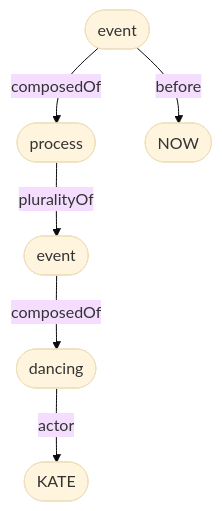
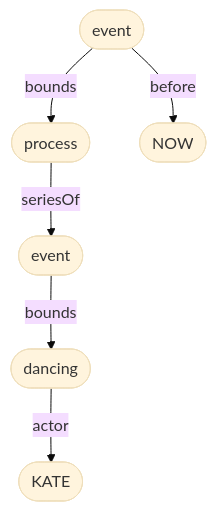
The sixth of 6 diagrams in Comrie1985.md (maglocvnus/verbs), drawn with Mermaid (base theme) before and after one commit. The commit also changed other lines of this file, not shown here.

````diff
--- a/Comrie1985.md
+++ b/Comrie1985.md
@@ -189,14 +195,14 @@
 ```mermaid
 graph TD
   x([event])
   y([process])
   z([event])
   w([dancing])
   kate([KATE])
   now([NOW])
-  x -- composedOf --> y
-  y -- pluralityOf --> z
-  z -- composedOf --> w
+  x -- bounds --> y
+  y -- seriesOf --> z
+  z -- bounds --> w
   w -- actor --> kate
   x -- before --> now
 ```
````
